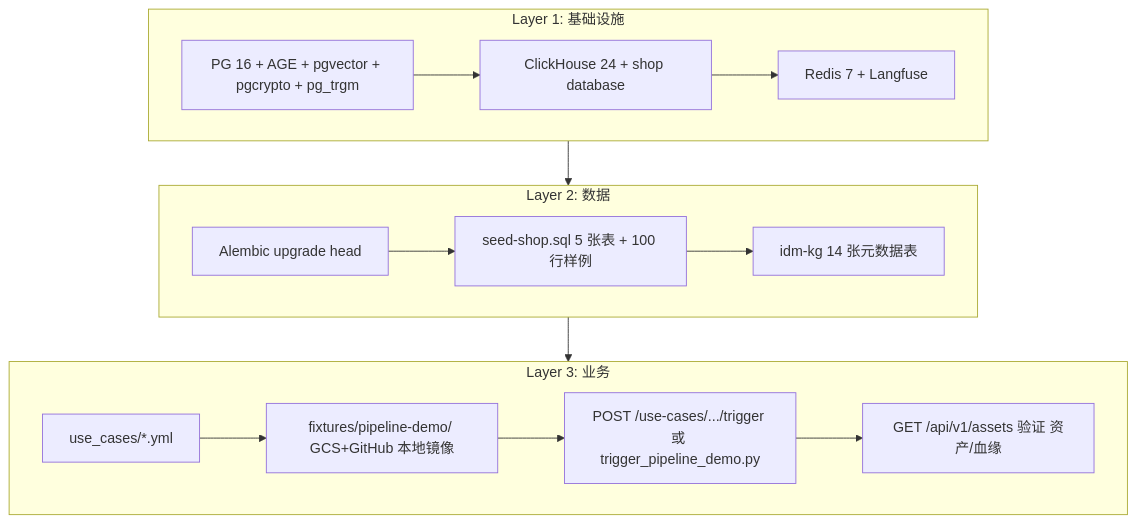
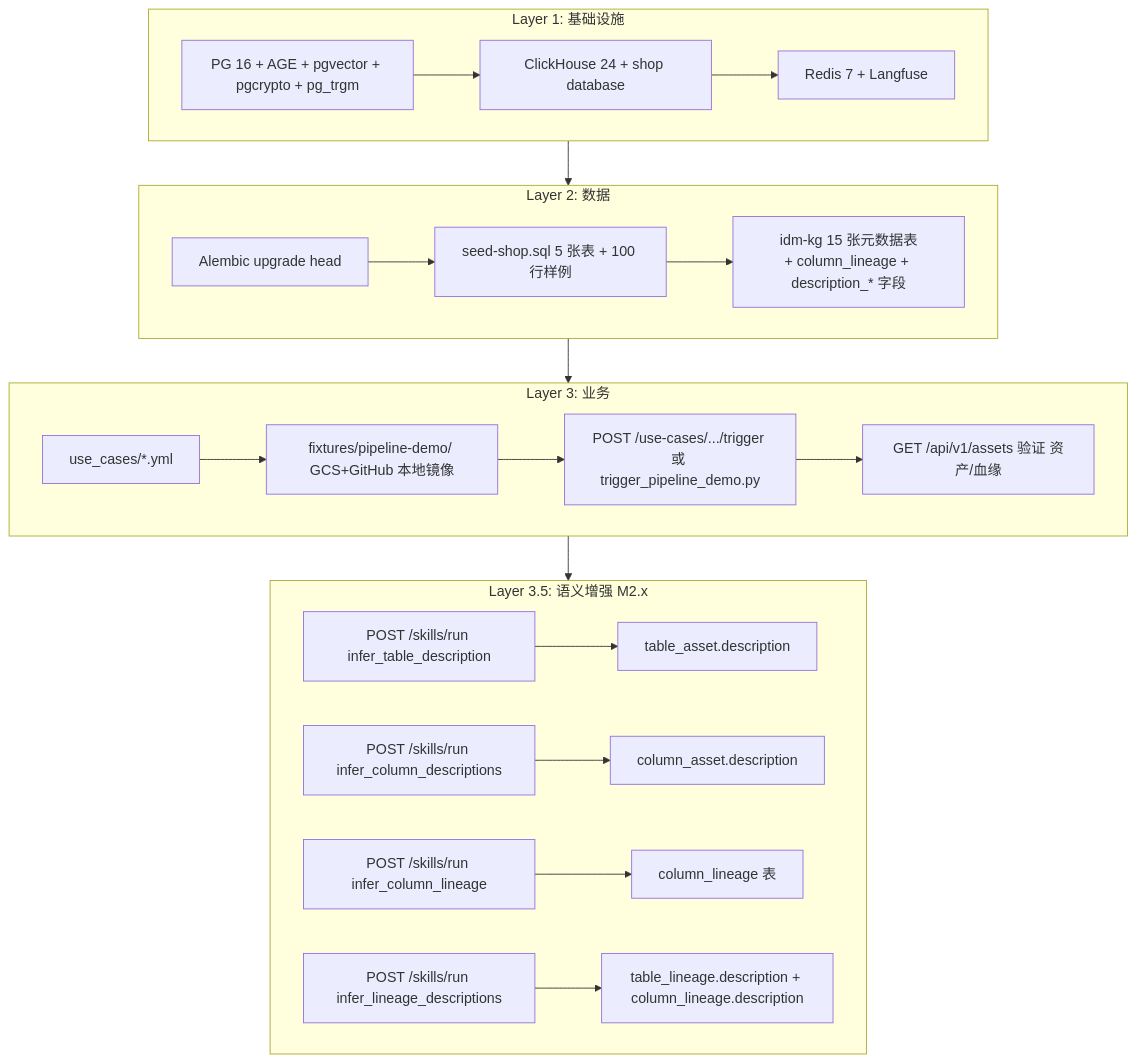
Before and after one commit to gavenlv/idm: the diagram in docs/design/initialization.md, drawn with Mermaid. The commit also changed other lines of this file and 49 other files, not shown here.

````diff
--- a/docs/design/initialization.md
+++ b/docs/design/initialization.md
@@ -51,17 +52,23 @@
 ```mermaid
 flowchart TB
     subgraph L1[Layer 1: 基础设施]
         A1[PG 16 + AGE + pgvector + pgcrypto + pg_trgm] --> A2[ClickHouse 24 + shop database]
         A2 --> A3[Redis 7 + Langfuse]
     end
     subgraph L2[Layer 2: 数据]
         B1[Alembic upgrade head] --> B2[seed-shop.sql 5 张表 + 100 行样例]
-        B2 --> B3[idm-kg 14 张元数据表]
+        B2 --> B3[idm-kg 15 张元数据表<br/>+ column_lineage + description_* 字段]
     end
     subgraph L3[Layer 3: 业务]
         C1[use_cases/*.yml] --> C2[fixtures/pipeline-demo/ GCS+GitHub 本地镜像]
         C2 --> C3[POST /use-cases/.../trigger 或 trigger_pipeline_demo.py]
         C3 --> C4[GET /api/v1/assets 验证 资产/血缘]
     end
-    L1 --> L2 --> L3
+    subgraph L35[Layer 3.5: 语义增强 M2.x]
+        D1[POST /skills/run infer_table_description] --> D2[table_asset.description]
+        D3[POST /skills/run infer_column_descriptions] --> D4[column_asset.description]
+        D5[POST /skills/run infer_column_lineage] --> D6[column_lineage 表]
+        D7[POST /skills/run infer_lineage_descriptions] --> D8[table_lineage.description + column_lineage.description]
+    end
+    L1 --> L2 --> L3 --> L35
 ```
````
